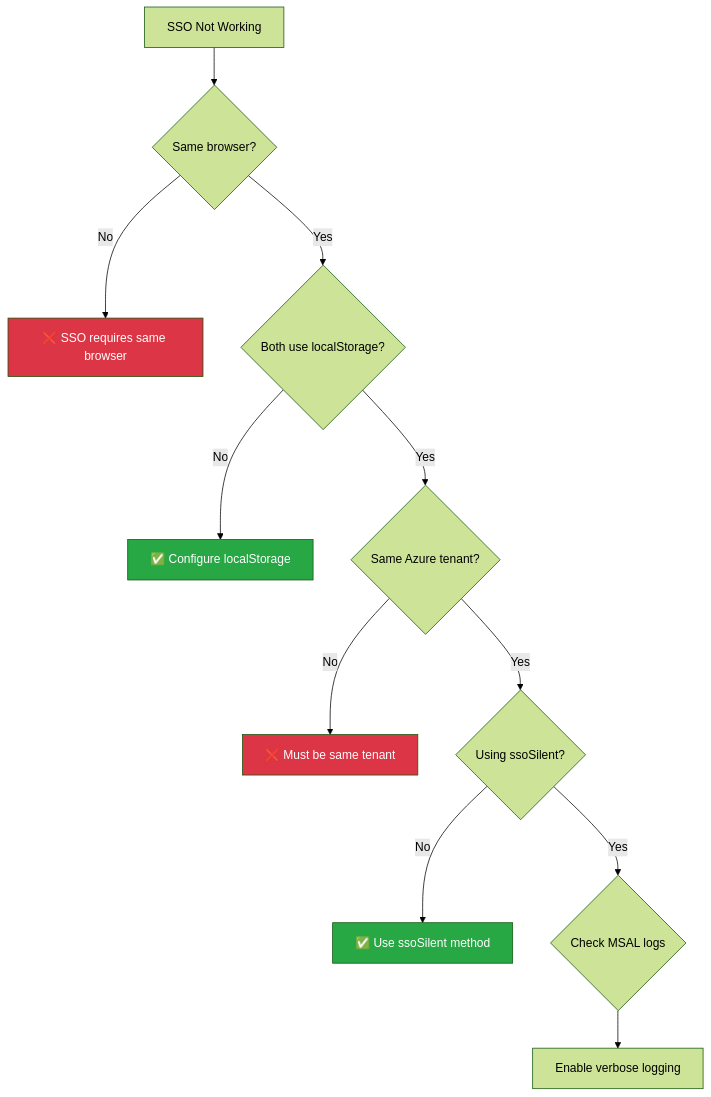
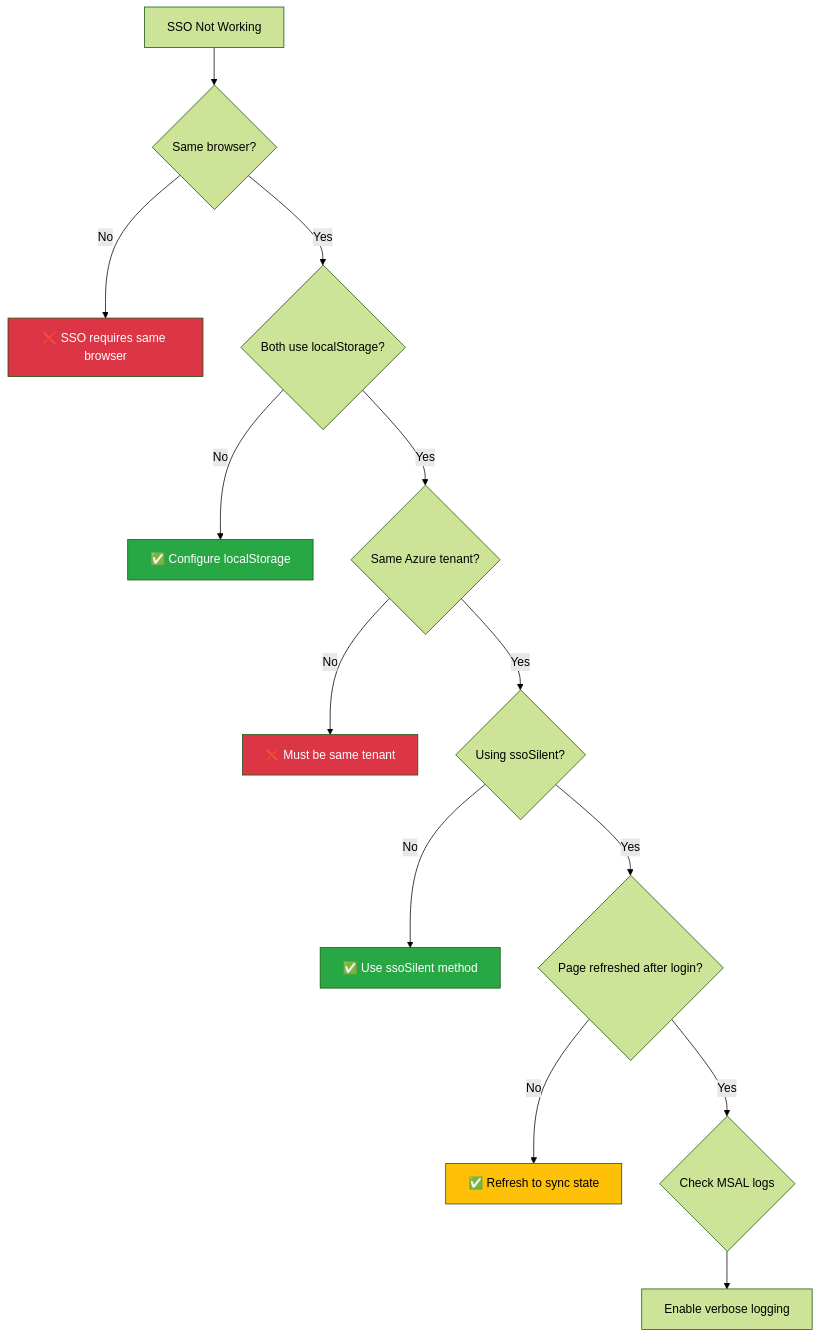
Before and after one commit to gurkanindibay/simple_chat_rag: diagram 21 of 22 in SSO_COMPREHENSIVE_REFERENCE.md, drawn with Mermaid (forest theme). The commit also changed other lines of this file, not shown here.

Commit message:
feat: Update documentation to reflect Version 3.0 - Simplified MSAL-native approach, removing custom flags and enhancing logout functionality

````diff
--- a/SSO_COMPREHENSIVE_REFERENCE.md
+++ b/SSO_COMPREHENSIVE_REFERENCE.md
@@ -1497,18 +1625,21 @@
 ```mermaid
 graph TD
     A[SSO Not Working] --> B{Same browser?}
     B -->|No| C[❌ SSO requires same browser]
     B -->|Yes| D{Both use localStorage?}
     D -->|No| E[✅ Configure localStorage]
     D -->|Yes| F{Same Azure tenant?}
     F -->|No| G[❌ Must be same tenant]
     F -->|Yes| H{Using ssoSilent?}
     H -->|No| I[✅ Use ssoSilent method]
-    H -->|Yes| J{Check MSAL logs}
-    J --> K[Enable verbose logging]
+    H -->|Yes| J{Page refreshed after login?}
+    J -->|No| K[✅ Refresh to sync state]
+    J -->|Yes| L{Check MSAL logs}
+    L --> M[Enable verbose logging]
     
     style C fill:#dc3545,color:#fff
     style E fill:#28a745,color:#fff
     style G fill:#dc3545,color:#fff
     style I fill:#28a745,color:#fff
+    style K fill:#ffc107,color:#000
 ```
````
